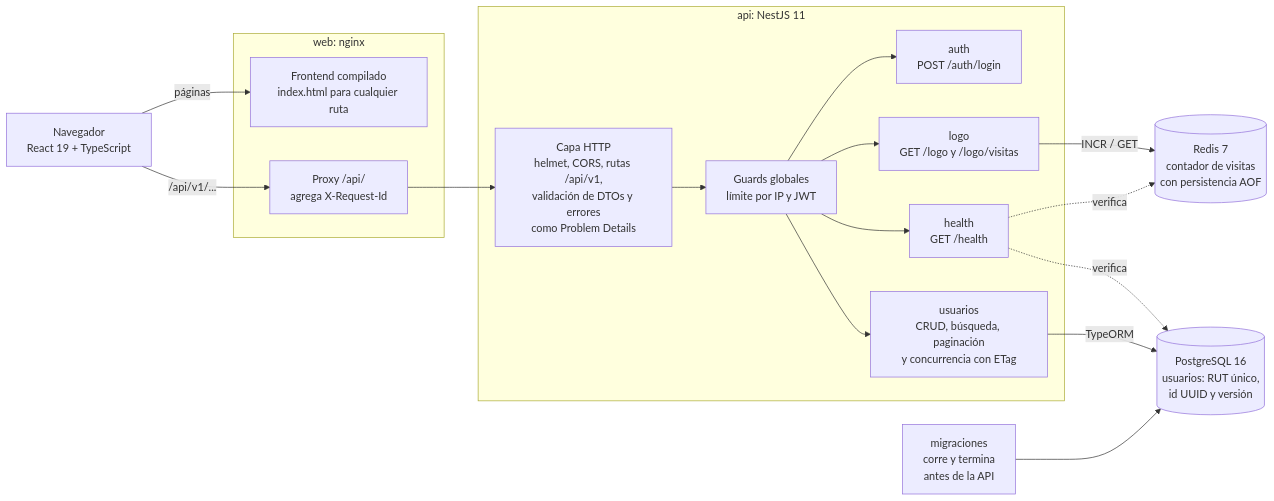
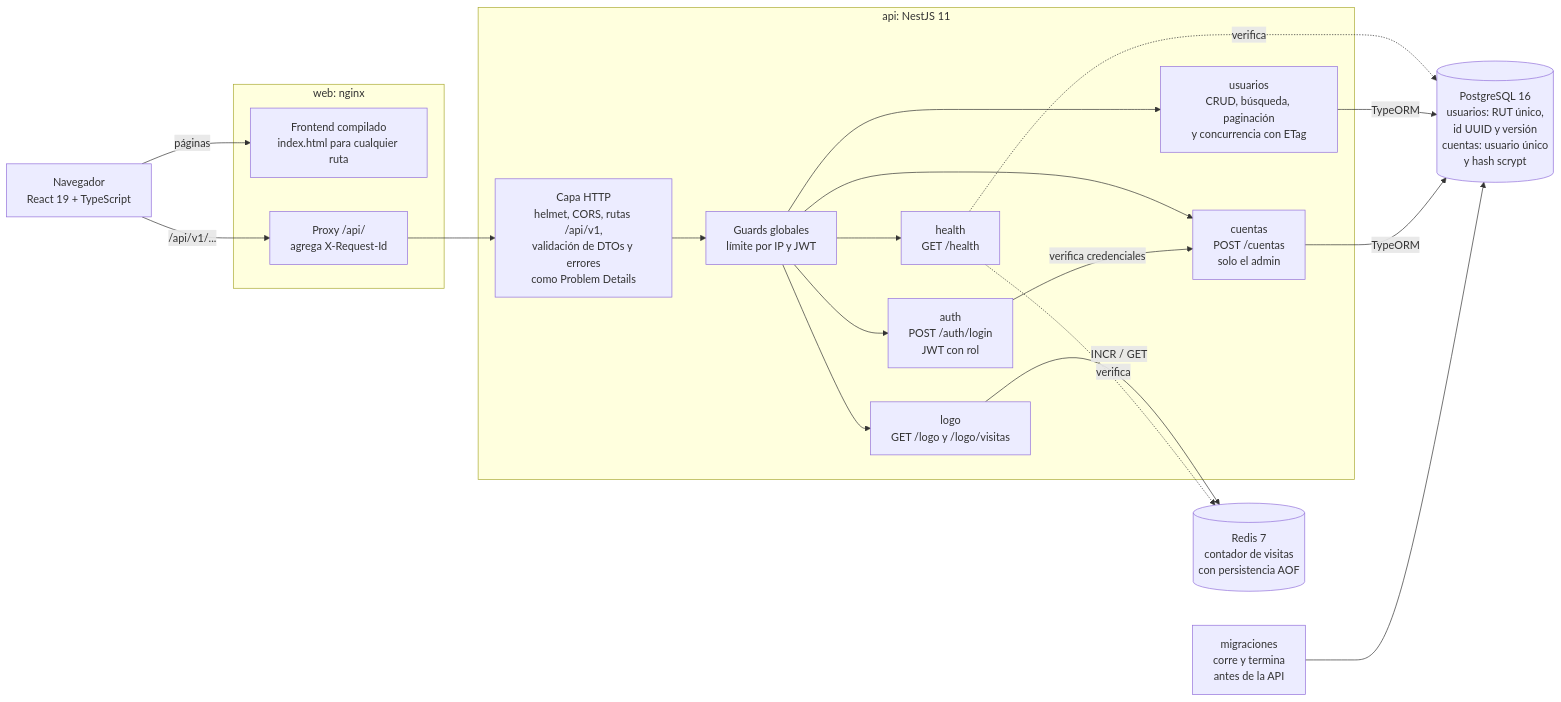
One commit to onlyG19/prueba-modernizacion-externa changed the first of 5 diagrams in README.md. Above: the diagram before and after it, drawn with Mermaid. The commit also changed other lines of this file and 2 other files, not shown here.

Commit message:
docs: cuentas y roles en los README y en MEJORAS
- README: el módulo cuentas en el diagrama de arquitectura (verificado
  con Mermaid 11 en Chromium), los dos roles, el alias
  @dominio-cuentas y la estructura.
- frontend/README.md: la ruta /panel/cuentas, la carpeta cuentas/ y
  cómo el rol adapta la interfaz sin ser la barrera de seguridad.
- docs/MEJORAS.md: la mejora, con sus commits (46 hechas).

````diff
--- a/README.md
+++ b/README.md
@@ -49,36 +49,40 @@
 ```mermaid
 flowchart LR
     navegador["Navegador<br/>React 19 + TypeScript"]
 
     subgraph web["web: nginx"]
         estaticos["Frontend compilado<br/>index.html para cualquier ruta"]
         proxy["Proxy /api/<br/>agrega X-Request-Id"]
     end
 
     subgraph api["api: NestJS 11"]
         http["Capa HTTP<br/>helmet, CORS, rutas /api/v1,<br/>validación de DTOs y errores<br/>como Problem Details"]
         guards["Guards globales<br/>límite por IP y JWT"]
-        auth["auth<br/>POST /auth/login"]
+        auth["auth<br/>POST /auth/login<br/>JWT con rol"]
+        cuentas["cuentas<br/>POST /cuentas<br/>solo el admin"]
         logo["logo<br/>GET /logo y /logo/visitas"]
         health["health<br/>GET /health"]
         usuarios["usuarios<br/>CRUD, búsqueda, paginación<br/>y concurrencia con ETag"]
     end
 
     redis[("Redis 7<br/>contador de visitas<br/>con persistencia AOF")]
-    pg[("PostgreSQL 16<br/>usuarios: RUT único,<br/>id UUID y versión")]
+    pg[("PostgreSQL 16<br/>usuarios: RUT único,<br/>id UUID y versión<br/>cuentas: usuario único<br/>y hash scrypt")]
     migraciones["migraciones<br/>corre y termina<br/>antes de la API"]
 
     navegador -->|"páginas"| estaticos
     navegador -->|"/api/v1/..."| proxy
     proxy --> http
     http --> guards
     guards --> auth
+    guards --> cuentas
     guards --> logo
     guards --> health
     guards --> usuarios
     logo -->|"INCR / GET"| redis
     health -.->|"verifica"| redis
     health -.->|"verifica"| pg
     usuarios -->|"TypeORM"| pg
+    auth -->|"verifica credenciales"| cuentas
+    cuentas -->|"TypeORM"| pg
     migraciones --> pg
 ```
````
